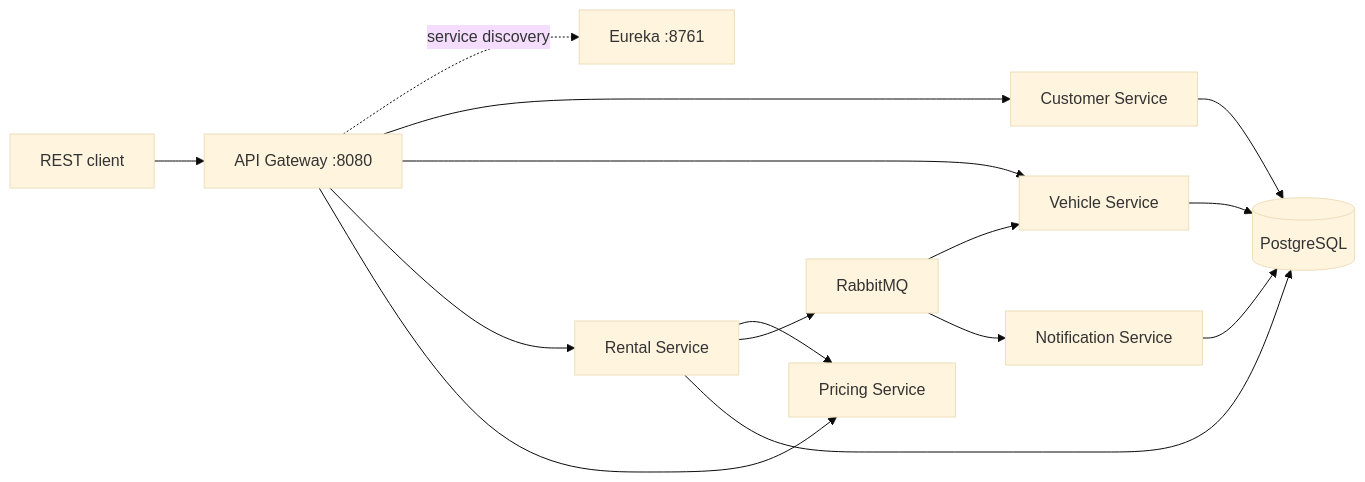
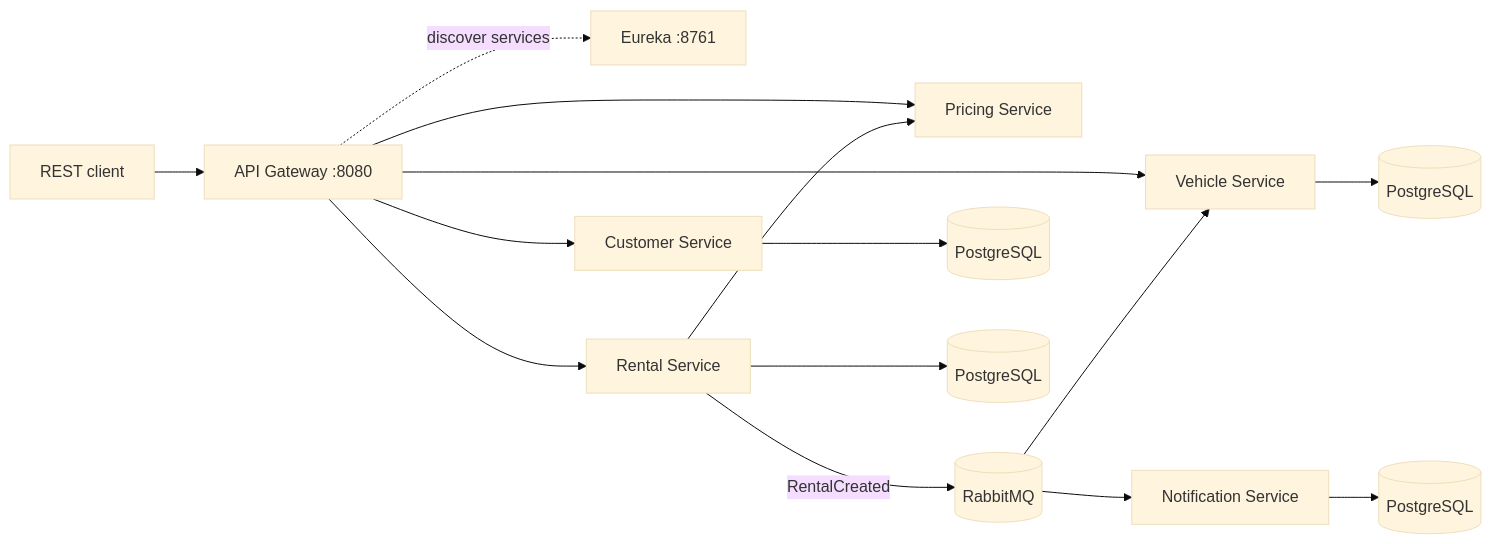
One commit to asyncLuna/vehicle-rental-system changed the diagram in README.md. Above: the diagram before and after it, drawn with Mermaid (base theme). The commit also changed other lines of this file, not shown here.

First line of the commit message:
feat: Implement vehicle rental microservices platform

`````diff
--- a/README.md
+++ b/README.md
@@ -16,17 +19,22 @@
 ```mermaid
 flowchart LR
     Client[REST client] --> Gateway[API Gateway :8080]
-    Gateway -. service discovery .-> Eureka[Eureka :8761]
+
+    Gateway -. discover services .-> Eureka[Eureka :8761]
+
     Gateway --> Customer[Customer Service]
     Gateway --> Vehicle[Vehicle Service]
     Gateway --> Rental[Rental Service]
     Gateway --> Pricing[Pricing Service]
+
     Rental --> Pricing
-    Rental --> Rabbit[RabbitMQ]
+    Rental -->|RentalCreated| Rabbit[(RabbitMQ)]
+
     Rabbit --> Vehicle
     Rabbit --> Notify[Notification Service]
-    Customer --> DB[(PostgreSQL)]
-    Vehicle --> DB
-    Rental --> DB
-    Notify --> DB
-```
+
+    Customer --> CustomerDB[(PostgreSQL)]
+    Vehicle --> VehicleDB[(PostgreSQL)]
+    Rental --> RentalDB[(PostgreSQL)]
+    Notify --> NotificationDB[(PostgreSQL)]
+````
`````
